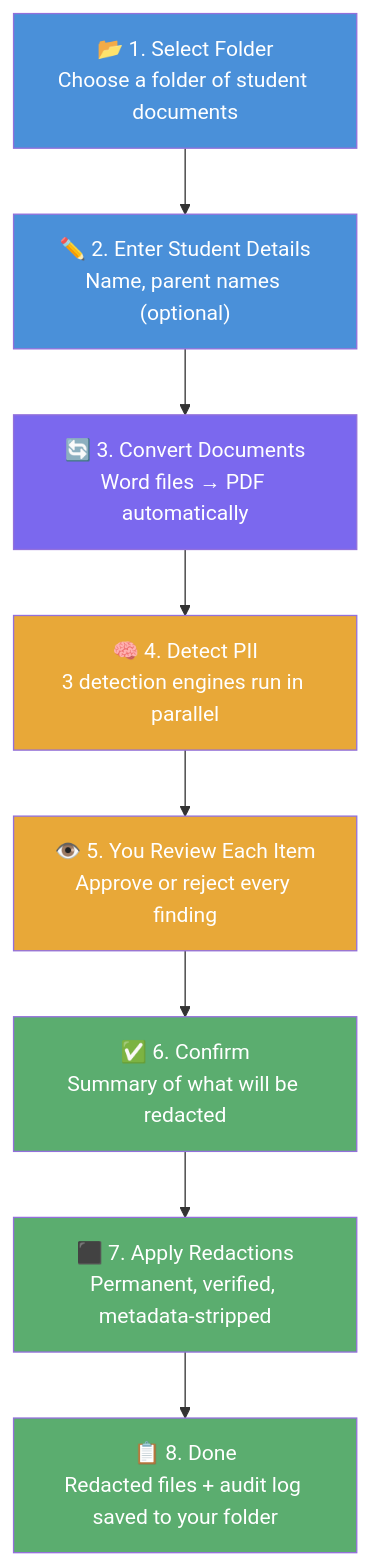
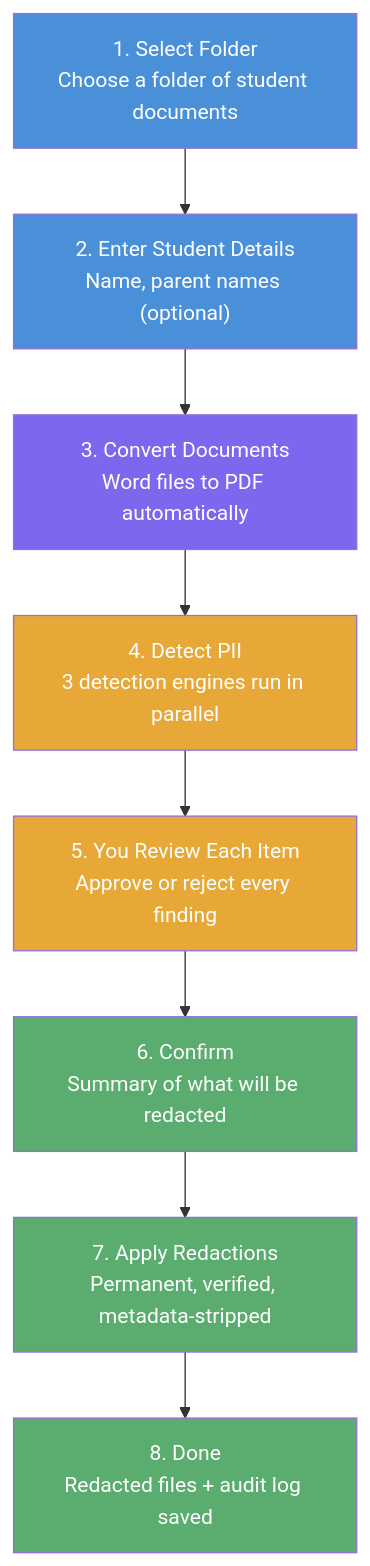
The first of 3 diagrams in README.md (mrdavearms/student-doc-redactor), drawn with Mermaid before and after one commit. The commit also changed other lines of this file and 1 other file, not shown here.

````diff
--- a/README.md
+++ b/README.md
@@ -59,20 +71,20 @@
 ```mermaid
 flowchart TD
-    A["📂 1. Select Folder\nChoose a folder of student documents"] --> B
-    B["✏️ 2. Enter Student Details\nName, parent names (optional)"] --> C
-    C["🔄 3. Convert Documents\nWord files → PDF automatically"] --> D
-    D["🧠 4. Detect PII\n3 detection engines run in parallel"] --> E
-    E["👁️ 5. You Review Each Item\nApprove or reject every finding"] --> F
-    F["✅ 6. Confirm\nSummary of what will be redacted"] --> G
-    G["⬛ 7. Apply Redactions\nPermanent, verified, metadata-stripped"] --> H
-    H["📋 8. Done\nRedacted files + audit log saved to your folder"]
+    A["1. Select Folder\nChoose a folder of student documents"] --> B
+    B["2. Enter Student Details\nName, parent names (optional)"] --> C
+    C["3. Convert Documents\nWord files to PDF automatically"] --> D
+    D["4. Detect PII\n3 detection engines run in parallel"] --> E
+    E["5. You Review Each Item\nApprove or reject every finding"] --> F
+    F["6. Confirm\nSummary of what will be redacted"] --> G
+    G["7. Apply Redactions\nPermanent, verified, metadata-stripped"] --> H
+    H["8. Done\nRedacted files + audit log saved"]
 
     style A fill:#4A90D9,color:#fff
     style B fill:#4A90D9,color:#fff
     style C fill:#7B68EE,color:#fff
     style D fill:#E8A838,color:#fff
     style E fill:#E8A838,color:#fff
     style F fill:#5BAD6F,color:#fff
     style G fill:#5BAD6F,color:#fff
     style H fill:#5BAD6F,color:#fff
 ```
````
